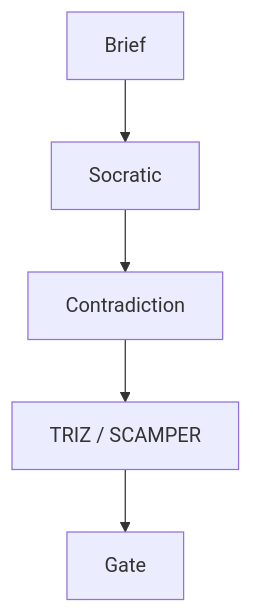
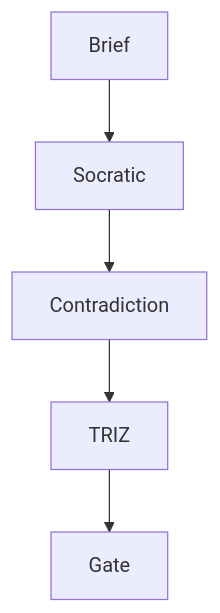
One commit to Zenobia0000/RD_copilot_system changed the diagram in docs/04-deliver/E9x--documentation-maintenance-guide.md. Above: the diagram before and after it, drawn with Mermaid. The commit also changed other lines of this file and 77 other files, not shown here.

First line of the commit message:
refactor: SCAMPER 移除 — 7 動作為 TRIZ 40 原理子集 (v9)

````diff
--- a/docs/04-deliver/E9x--documentation-maintenance-guide.md
+++ b/docs/04-deliver/E9x--documentation-maintenance-guide.md
@@ -279,7 +279,7 @@
 ```mermaid
 graph TD
     A[Brief] --> B[Socratic]
     B --> C[Contradiction]
-    C --> D[TRIZ / SCAMPER]
+    C --> D[TRIZ]
     D --> E[Gate]
 ```
````
